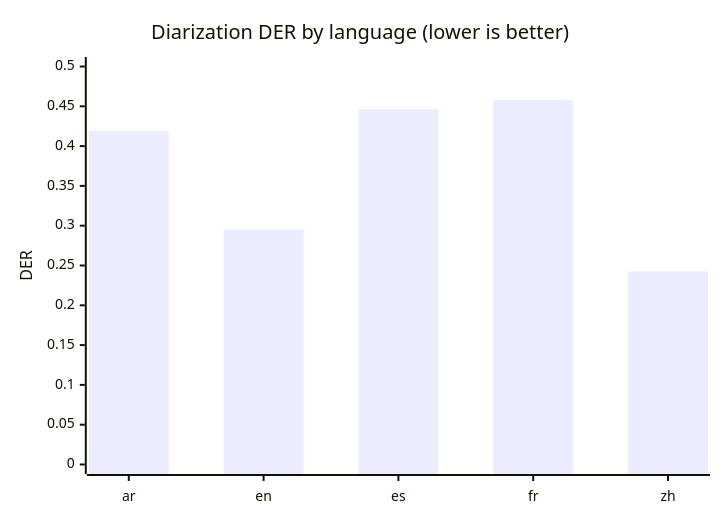
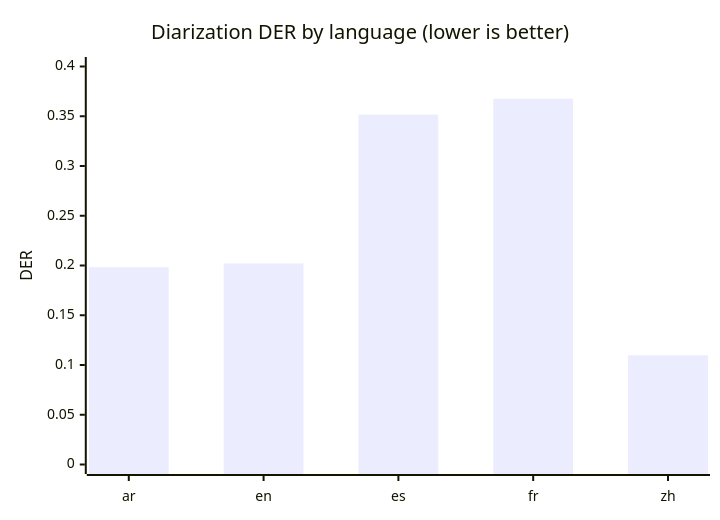
One commit to nkhaloo/speech-stack-benchmark changed the third of 5 diagrams in docs/results.md. Above: the diagram before and after it, drawn with Mermaid. The commit also changed other lines of this file and 1 other file, not shown here.

````diff
--- a/docs/results.md
+++ b/docs/results.md
@@ -154,7 +176,7 @@
 ```mermaid
 xychart-beta
     title "Diarization DER by language (lower is better)"
     x-axis ["ar", "en", "es", "fr", "zh"]
-    y-axis "DER" 0 --> 0.5
-    bar [0.4191, 0.295, 0.4464, 0.458, 0.2427]
+    y-axis "DER" 0 --> 0.4
+    bar [0.1983, 0.2021, 0.3517, 0.3676, 0.1097]
 ```
````
